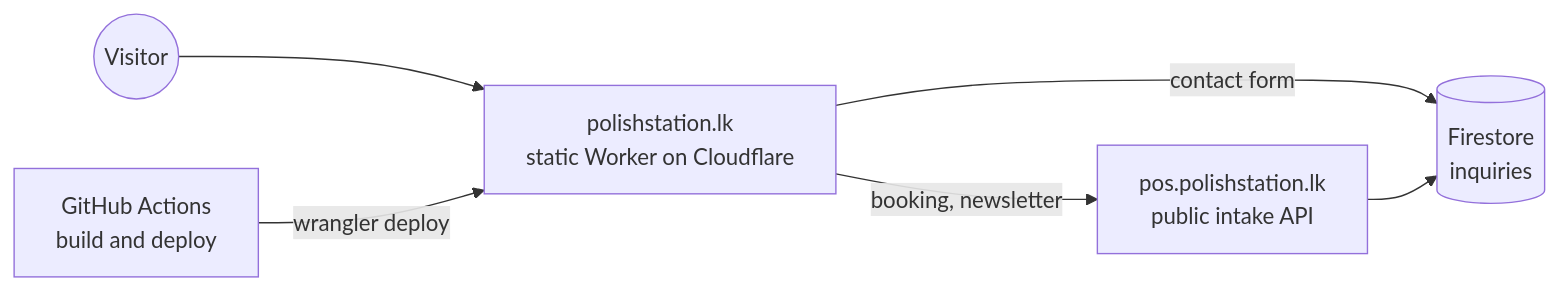
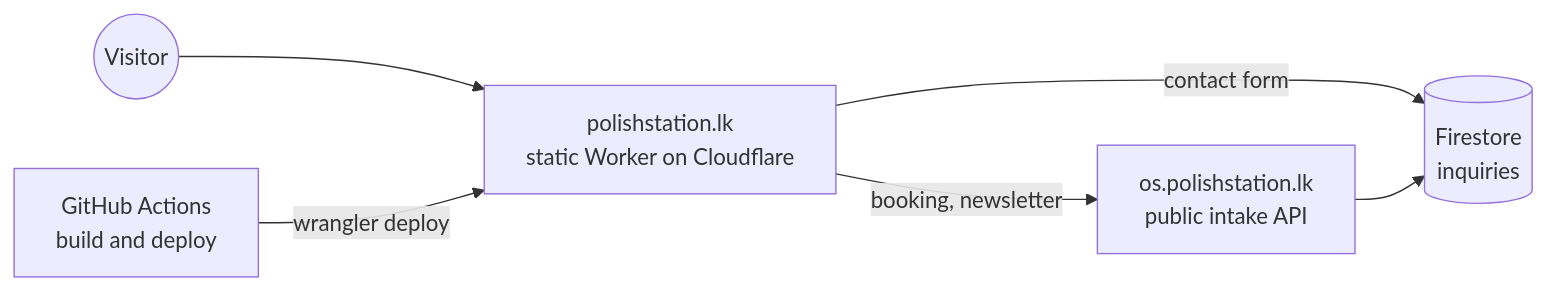
Before and after one commit to saadmaz/Polish-Station-Website: the first of 2 diagrams in README.md, drawn with Mermaid. The commit also changed other lines of this file and 12 other files, not shown here.

````diff
--- a/README.md
+++ b/README.md
@@ -88,8 +88,8 @@
 ```mermaid
 flowchart LR
   Visitor((Visitor)) --> Site["polishstation.lk<br/>static Worker on Cloudflare"]
-  Site -- booking, newsletter --> POSAPI["pos.polishstation.lk<br/>public intake API"]
+  Site -- booking, newsletter --> OSAPI["os.polishstation.lk<br/>public intake API"]
   Site -- contact form --> Firestore[("Firestore<br/>inquiries")]
-  POSAPI --> Firestore
+  OSAPI --> Firestore
   GHA["GitHub Actions<br/>build and deploy"] -- wrangler deploy --> Site
 ```
````
